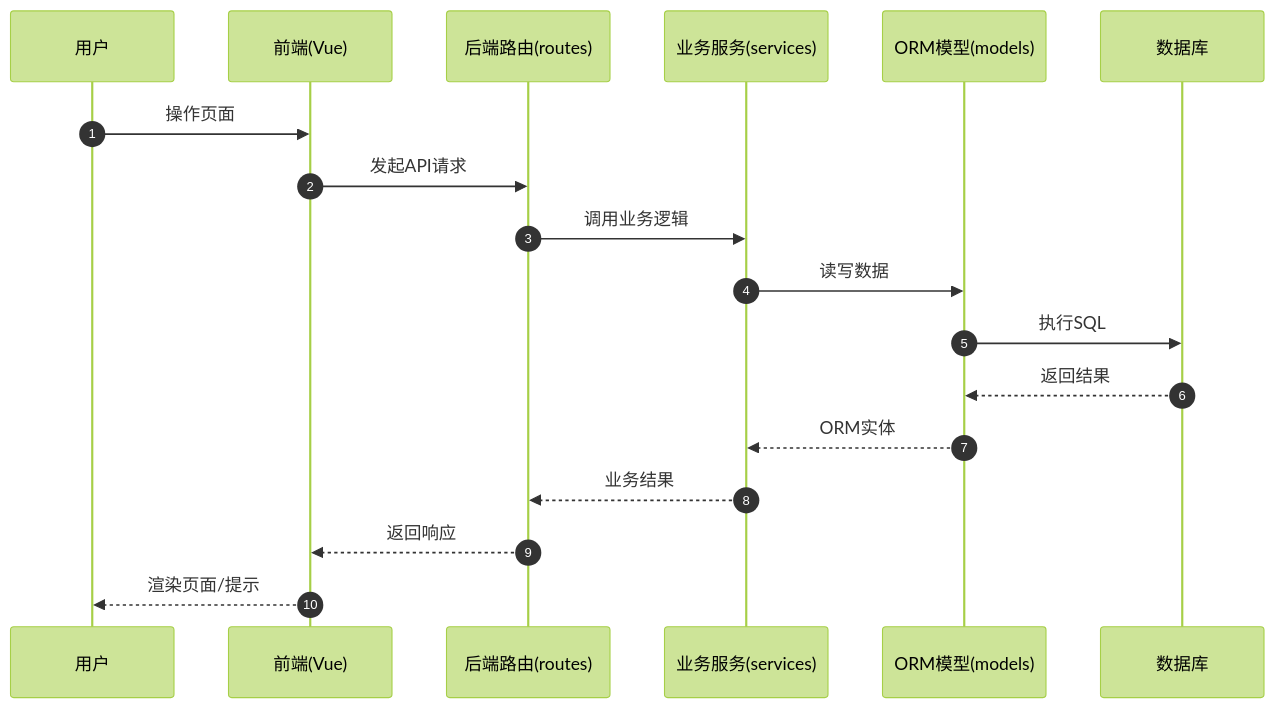
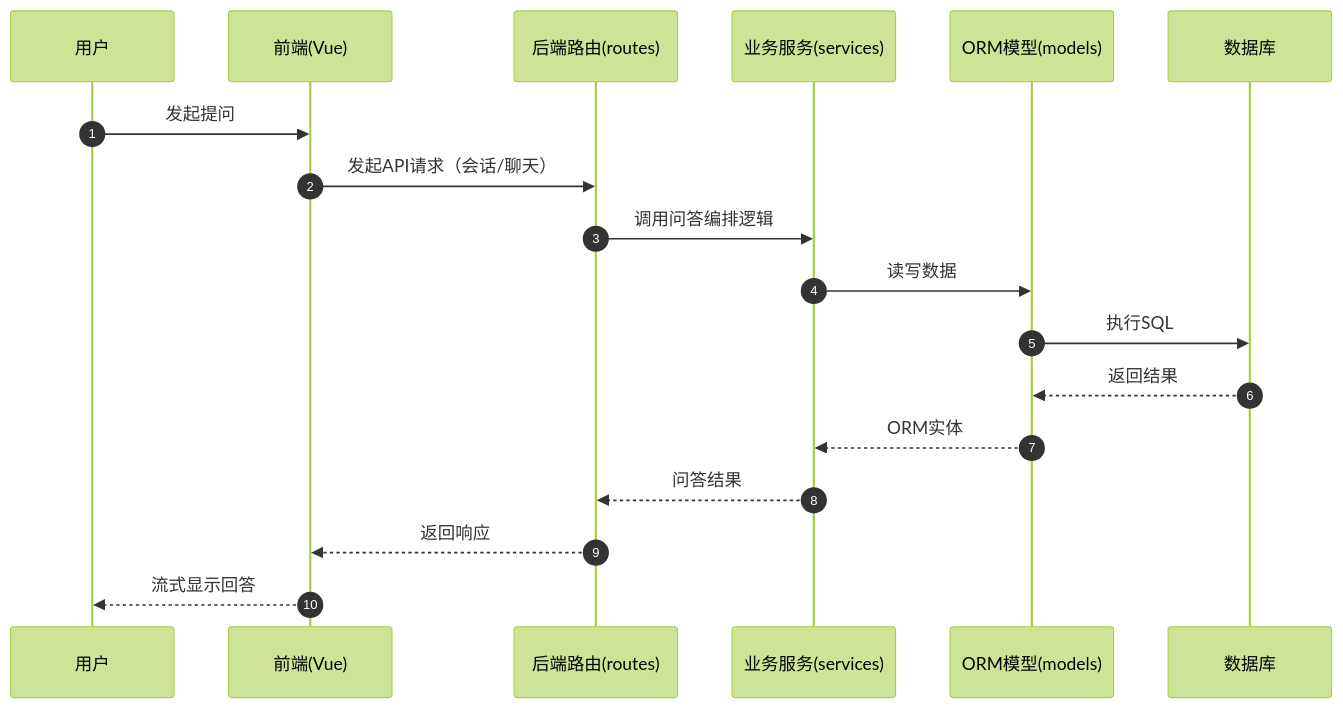
The first of 3 diagrams in src/docs/ARCHITECTURE.md (hordu-ma/sdszk-qa), drawn with Mermaid (forest theme) before and after one commit. The commit also changed other lines of this file and 4 other files, not shown here.

````diff
--- a/src/docs/ARCHITECTURE.md
+++ b/src/docs/ARCHITECTURE.md
@@ -81,21 +81,21 @@
 ```mermaid
 sequenceDiagram
   autonumber
   participant 用户 as 用户
   participant 前端 as 前端(Vue)
   participant 路由 as 后端路由(routes)
   participant 服务 as 业务服务(services)
   participant 模型 as ORM模型(models)
   participant 数据库 as 数据库
 
-  用户->>前端: 操作页面
-  前端->>路由: 发起API请求
-  路由->>服务: 调用业务逻辑
+  用户->>前端: 发起提问
+  前端->>路由: 发起API请求（会话/聊天）
+  路由->>服务: 调用问答编排逻辑
   服务->>模型: 读写数据
   模型->>数据库: 执行SQL
   数据库-->>模型: 返回结果
   模型-->>服务: ORM实体
-  服务-->>路由: 业务结果
+  服务-->>路由: 问答结果
   路由-->>前端: 返回响应
-  前端-->>用户: 渲染页面/提示
+  前端-->>用户: 流式显示回答
 ```
````
